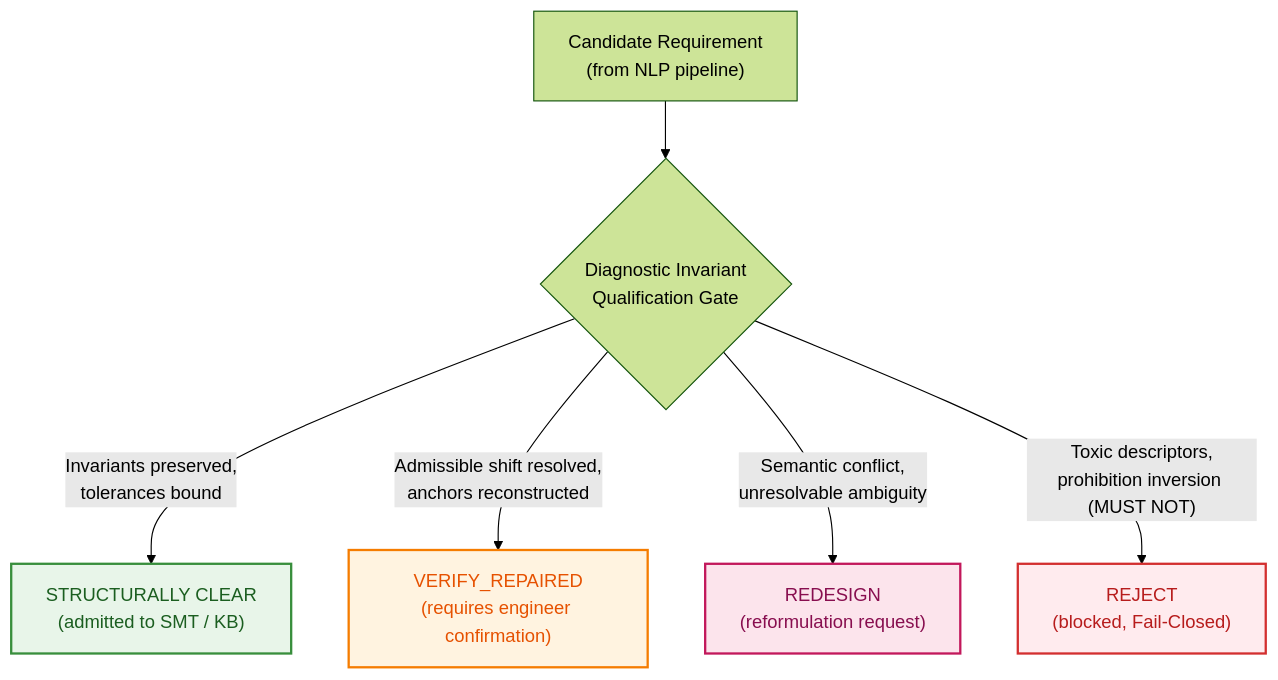
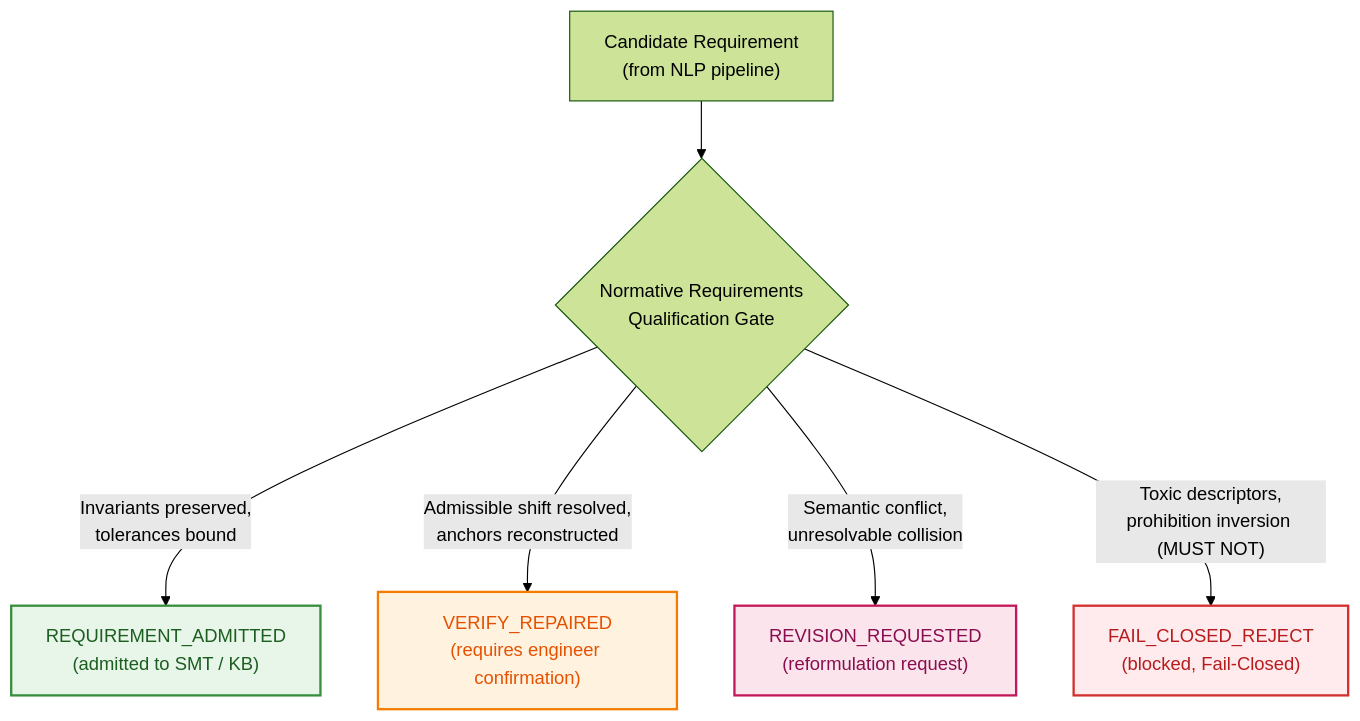
One commit to nick-fedchik/articles changed the fifth of 6 diagrams in ExpertSystem/translations/en/ch14-requirements-detection-and-formalization.md. Above: the diagram before and after it, drawn with Mermaid (forest theme). The commit also changed other lines of this file and 9 other files, not shown here.

Commit message:
docs(translations): sync EN and DE chapters with refined SIF citations and qualification gate

````diff
--- a/ExpertSystem/translations/en/ch14-requirements-detection-and-formalization.md
+++ b/ExpertSystem/translations/en/ch14-requirements-detection-and-formalization.md
@@ -451,21 +451,21 @@
 ```mermaid
 flowchart TD
     accTitle: Four-Stage Requirements Qualification Gate
-    accDescr: Gate decision protocol: STRUCTURALLY CLEAR, VERIFY_REPAIRED, REDESIGN, REJECT.
+    accDescr: Gate decision protocol: REQUIREMENT_ADMITTED, VERIFY_REPAIRED, REVISION_REQUESTED, FAIL_CLOSED_REJECT.
 
-    REQ["Candidate Requirement<br/>(from NLP pipeline)"] --> GATE{"Diagnostic Invariant<br/>Qualification Gate"}
-    GATE -->|"Invariants preserved,<br/>tolerances bound"| SC["STRUCTURALLY CLEAR<br/>(admitted to SMT / KB)"]
+    REQ["Candidate Requirement<br/>(from NLP pipeline)"] --> GATE{"Normative Requirements<br/>Qualification Gate"}
+    GATE -->|"Invariants preserved,<br/>tolerances bound"| RA["REQUIREMENT_ADMITTED<br/>(admitted to SMT / KB)"]
     GATE -->|"Admissible shift resolved,<br/>anchors reconstructed"| VR["VERIFY_REPAIRED<br/>(requires engineer confirmation)"]
-    GATE -->|"Semantic conflict,<br/>unresolvable ambiguity"| RD["REDESIGN<br/>(reformulation request)"]
-    GATE -->|"Toxic descriptors,<br/>prohibition inversion (MUST NOT)"| RJ["REJECT<br/>(blocked, Fail-Closed)"]
+    GATE -->|"Semantic conflict,<br/>unresolvable collision"| RR["REVISION_REQUESTED<br/>(reformulation request)"]
+    GATE -->|"Toxic descriptors,<br/>prohibition inversion (MUST NOT)"| FR["FAIL_CLOSED_REJECT<br/>(blocked, Fail-Closed)"]
 
     classDef ok fill:#e8f5e9,stroke:#388e3c,stroke-width:2px,color:#1b5e20;
     classDef check fill:#fff3e0,stroke:#f57c00,stroke-width:2px,color:#e65100;
     classDef warn fill:#fce4ec,stroke:#c2185b,stroke-width:2px,color:#880e4f;
     classDef err fill:#ffebee,stroke:#d32f2f,stroke-width:2px,color:#b71c1c;
 
-    class SC ok;
+    class RA ok;
     class VR check;
-    class RD warn;
-    class RJ err;
+    class RR warn;
+    class FR err;
 ```
````
